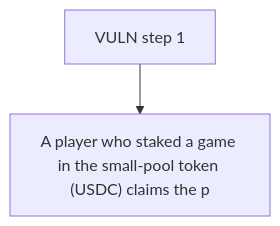
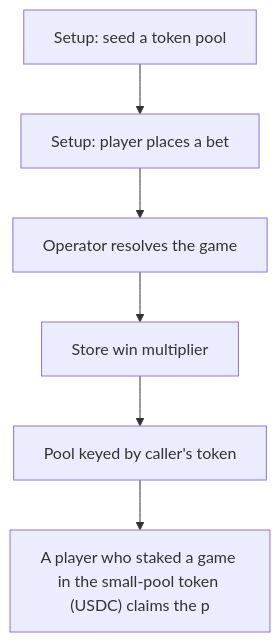
The diagram in 65079-h-01-claim-allows-payouts-from-an-arbitrary-token-pool-not-t_exp/65079-h-01-claim-allows-payouts-from-an-arbitrary-token-pool-not-t_exp.md (sanbir/evm-hack-registry), drawn with Mermaid before and after one commit. The commit also changed other lines of this file and 79 other files, not shown here.

````diff
--- a/65079-h-01-claim-allows-payouts-from-an-arbitrary-token-pool-not-t_exp/65079-h-01-claim-allows-payouts-from-an-arbitrary-token-pool-not-t_exp.md
+++ b/65079-h-01-claim-allows-payouts-from-an-arbitrary-token-pool-not-t_exp/65079-h-01-claim-allows-payouts-from-an-arbitrary-token-pool-not-t_exp.md
@@ -28,6 +28,14 @@
 ```mermaid
 flowchart TD
-  S0["VULN step 1"]
+  S0["Setup: seed a token pool"]
+  S1["Setup: player places a bet"]
+  S2["Operator resolves the game"]
+  S3["Store win multiplier"]
+  S4["Pool keyed by caller's token"]
   H["A player who staked a game in the small-pool token (USDC) claims the p"]
-  S0 --> H
+  S0 --> S1
+  S1 --> S2
+  S2 --> S3
+  S3 --> S4
+  S4 --> H
 ```
````
